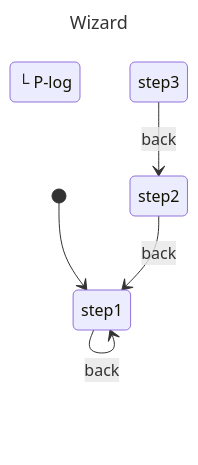
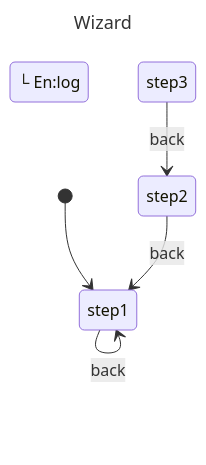
Before and after one commit to Masquerade-Circus/x-robot: the second of 3 diagrams in docs/recipes/wizard.md, drawn with Mermaid. The commit also changed other lines of this file and 145 other files, not shown here.

Commit message:
refactor: regenerate docs and mermaid implementation

````diff
--- a/docs/recipes/wizard.md
+++ b/docs/recipes/wizard.md
@@ -54,26 +72,26 @@
 ```mermaid
 ---
 title: Wizard
 ---
 
 stateDiagram-v2
 
 classDef danger fill:#f8d7da,stroke:#721c24,stroke-width:2px,text-align:left,color:#721c24
 classDef warning fill:#fff3cd,stroke:#856404,stroke-width:2px,text-align:left,color:#856404
 classDef success fill:#d4edda,stroke:#155724,stroke-width:2px,text-align:left,color:#155724
 classDef primary fill:#cce5ff,stroke:#004085,stroke-width:2px,text-align:left,color:#004085
 classDef info fill:#d1ecf1,stroke:#0c5460,stroke-width:2px,text-align:left,color:#0c5460
 classDef def fill:#f8f9fa,stroke:#6c757d,stroke-width:2px,text-align:left,color:#6c757d
 
 state step1
 state step2
 state step3
 state complete
 
-complete: └ P-log
+complete: └ En:log
 
 [*] --> step1
 step1 --> step1: back
 step2 --> step1: back
 step3 --> step2: back
 ```
````
